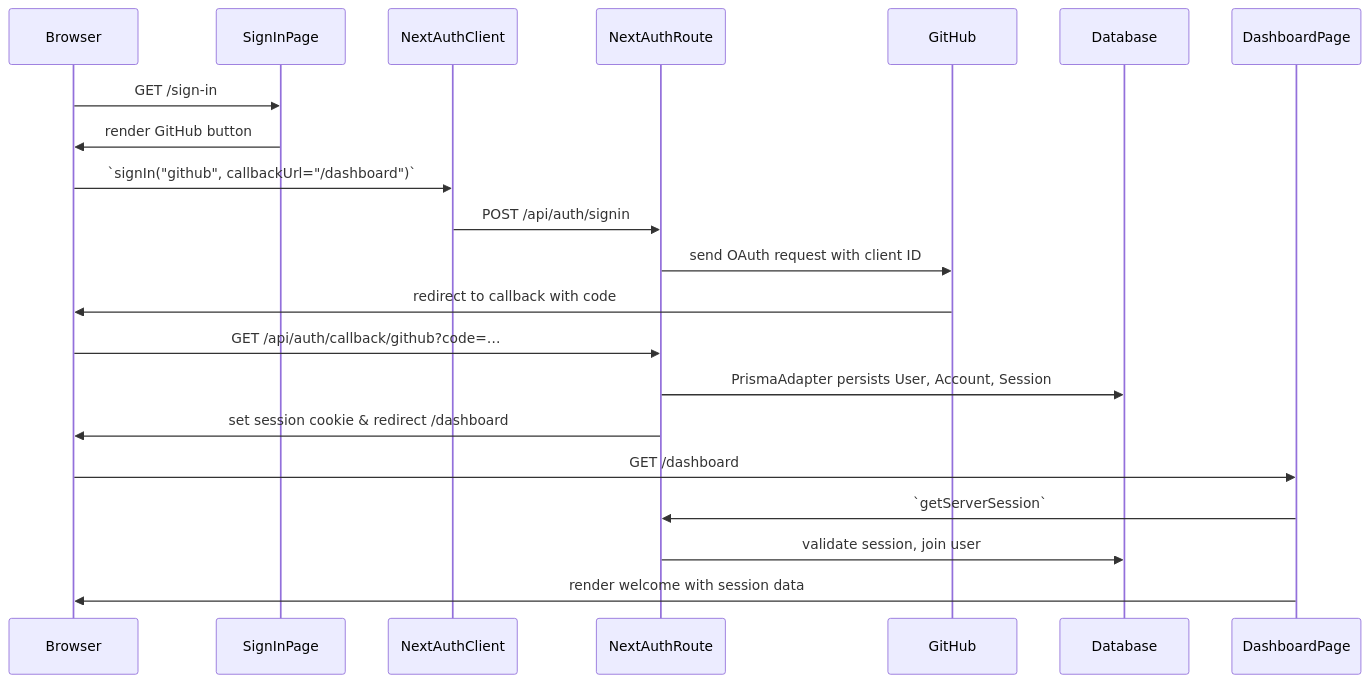
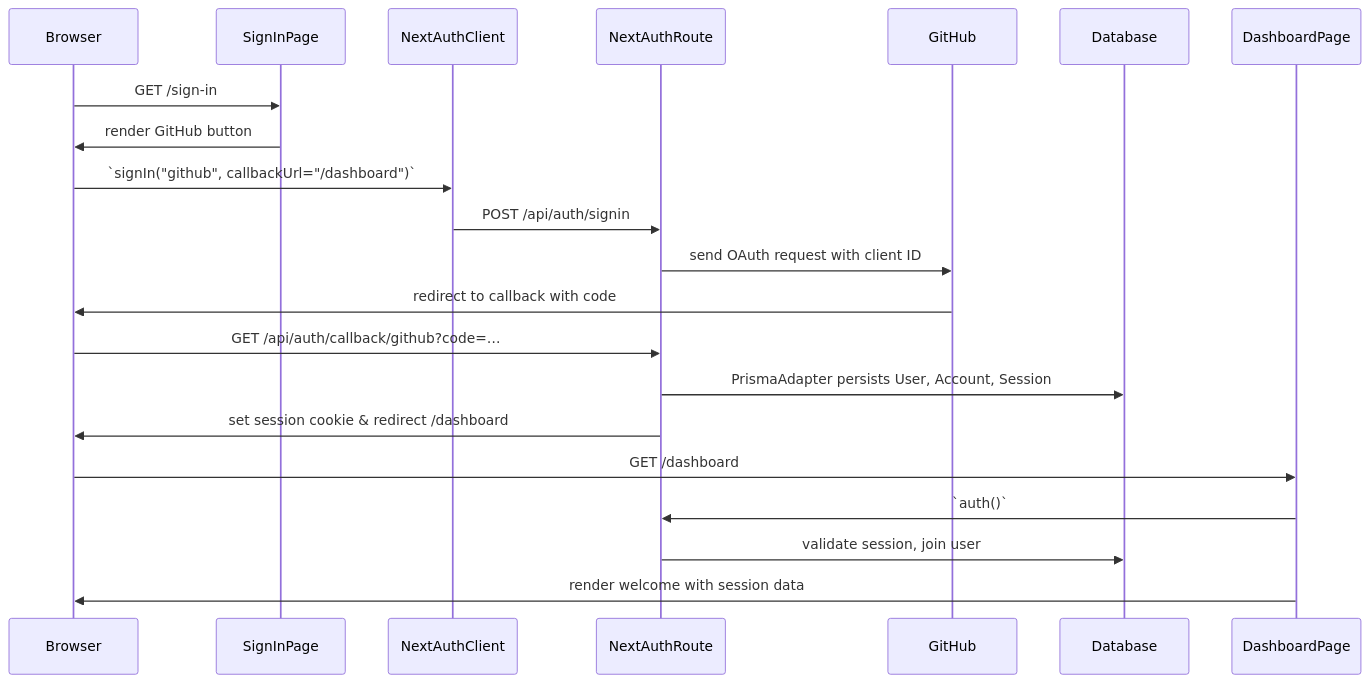
Before and after one commit to gianfrancodemarco/xpull: the first of 2 diagrams in docs/auth-flow.md, drawn with Mermaid. The commit also changed other lines of this file and 4 other files, not shown here.

Commit message:
feat(auth): show session details

````diff
--- a/docs/auth-flow.md
+++ b/docs/auth-flow.md
@@ -9,23 +9,23 @@
 ```mermaid
 sequenceDiagram
   participant Browser
   participant SignInPage
   participant NextAuthClient
   participant NextAuthRoute
   participant GitHub
   participant Database
 
   Browser->>SignInPage: GET /sign-in
   SignInPage->>Browser: render GitHub button
   Browser->>NextAuthClient: `signIn("github", callbackUrl="/dashboard")`
   NextAuthClient->>NextAuthRoute: POST /api/auth/signin
   NextAuthRoute->>GitHub: send OAuth request with client ID
   GitHub->>Browser: redirect to callback with code
   Browser->>NextAuthRoute: GET /api/auth/callback/github?code=…
   NextAuthRoute->>Database: PrismaAdapter persists User, Account, Session
   NextAuthRoute->>Browser: set session cookie & redirect /dashboard
   Browser->>DashboardPage: GET /dashboard
-  DashboardPage->>NextAuthRoute: `getServerSession`
+  DashboardPage->>NextAuthRoute: `auth()`
   NextAuthRoute->>Database: validate session, join user
   DashboardPage->>Browser: render welcome with session data
 ```
````
